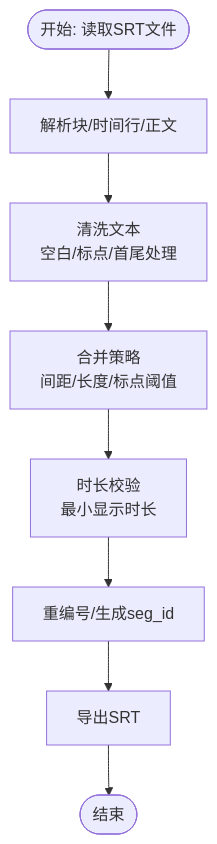
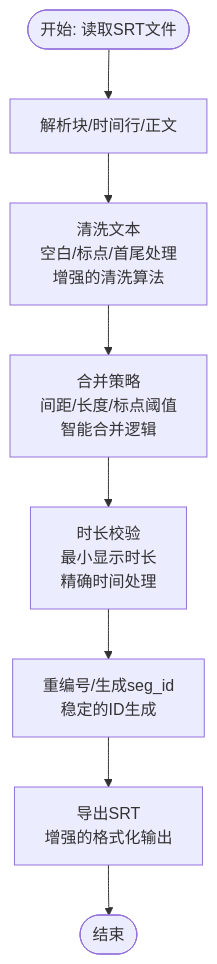
The third of 7 diagrams in .qoder/repowiki/zh/content/核心功能/字幕处理系统/字幕标准化器.md (wowoduang/AIVideoClaude), drawn with Mermaid before and after one commit. The commit also changed other lines of this file and 26 other files, not shown here.

````diff
--- a/.qoder/repowiki/zh/content/核心功能/字幕处理系统/字幕标准化器.md
+++ b/.qoder/repowiki/zh/content/核心功能/字幕处理系统/字幕标准化器.md
@@ -143,10 +161,10 @@
 ```mermaid
 flowchart TD
 Start(["开始: 读取SRT文件"]) --> Parse["解析块/时间行/正文"]
-Parse --> CleanText["清洗文本<br/>空白/标点/首尾处理"]
-CleanText --> Merge["合并策略<br/>间距/长度/标点阈值"]
-Merge --> Duration["时长校验<br/>最小显示时长"]
-Duration --> ReID["重编号/生成seg_id"]
-ReID --> Dump["导出SRT"]
+Parse --> CleanText["清洗文本<br/>空白/标点/首尾处理<br/>增强的清洗算法"]
+CleanText --> Merge["合并策略<br/>间距/长度/标点阈值<br/>智能合并逻辑"]
+Merge --> Duration["时长校验<br/>最小显示时长<br/>精确时间处理"]
+Duration --> ReID["重编号/生成seg_id<br/>稳定的ID生成"]
+ReID --> Dump["导出SRT<br/>增强的格式化输出"]
 Dump --> End(["结束"])
 ```
````
